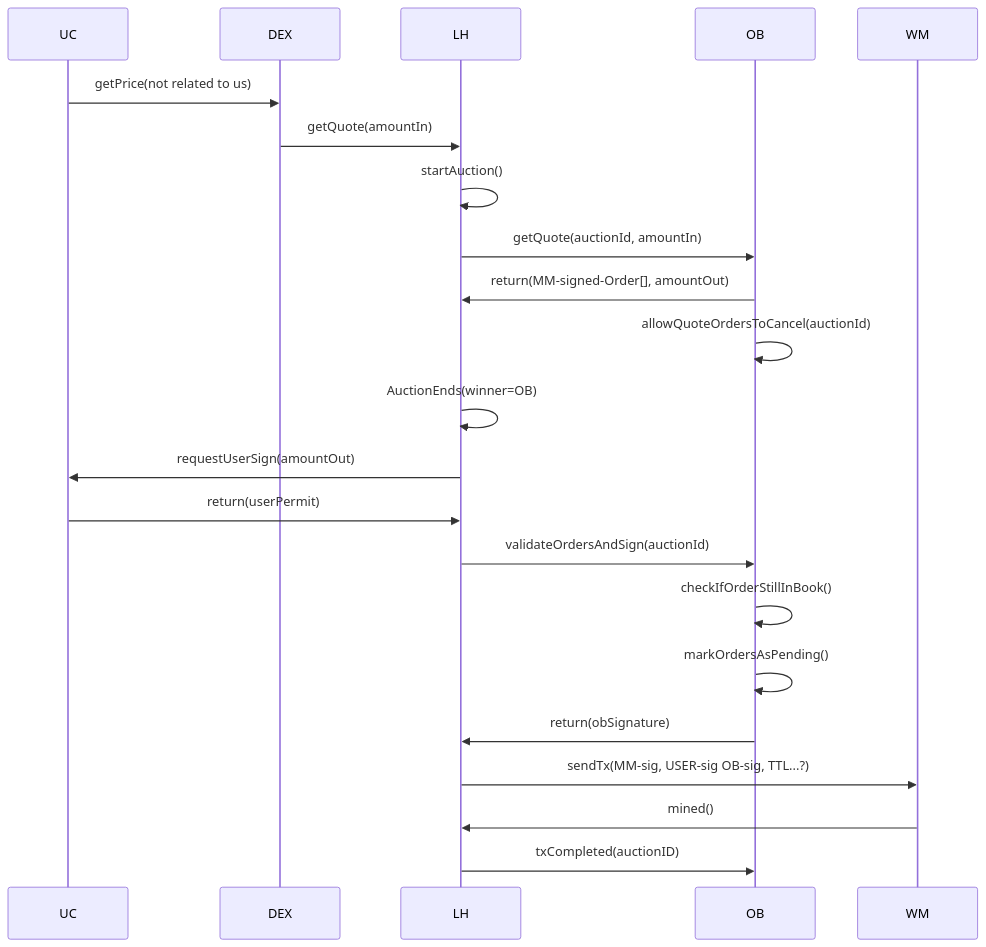
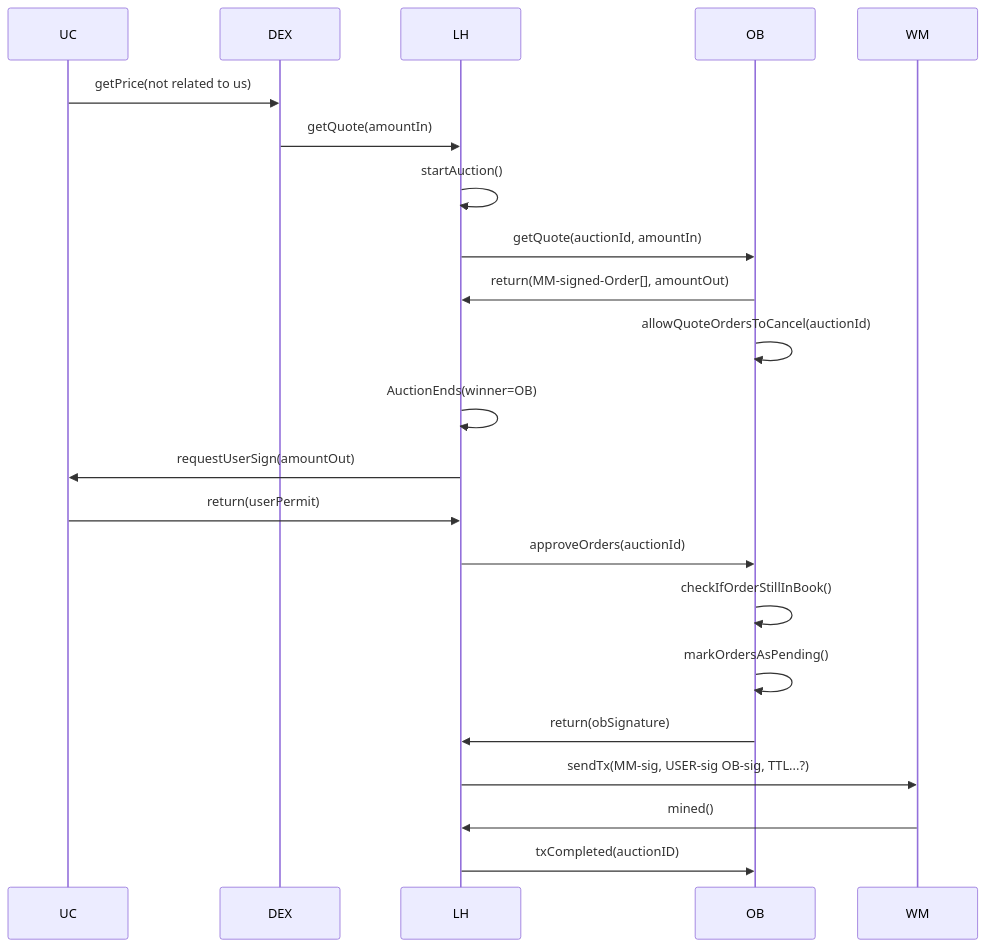
The diagram in pending-sequence.md (orbs-network/order-book), drawn with Mermaid before and after one commit.

````diff
--- a/pending-sequence.md
+++ b/pending-sequence.md
@@ -3,19 +3,19 @@
 ```mermaid
 sequenceDiagram
 UC ->> DEX: getPrice(not related to us)
 DEX ->> LH: getQuote(amountIn)
 LH ->> LH: startAuction()
 LH ->> OB: getQuote(auctionId, amountIn)
 OB ->> LH: return(MM-signed-Order[], amountOut)
 OB ->> OB: allowQuoteOrdersToCancel(auctionId)
 LH ->> LH: AuctionEnds(winner=OB)
 LH ->> UC: requestUserSign(amountOut)
 UC ->> LH: return(userPermit)
-LH ->> OB: validateOrdersAndSign(auctionId)
+LH ->> OB: approveOrders(auctionId)
 OB ->> OB: checkIfOrderStillInBook()
 OB ->> OB: markOrdersAsPending()
 OB ->> LH: return(obSignature)
 LH ->> WM: sendTx(MM-sig, USER-sig OB-sig, TTL...?)
 WM ->> LH: mined()
 LH ->> OB: txCompleted(auctionID)
 ```
````
